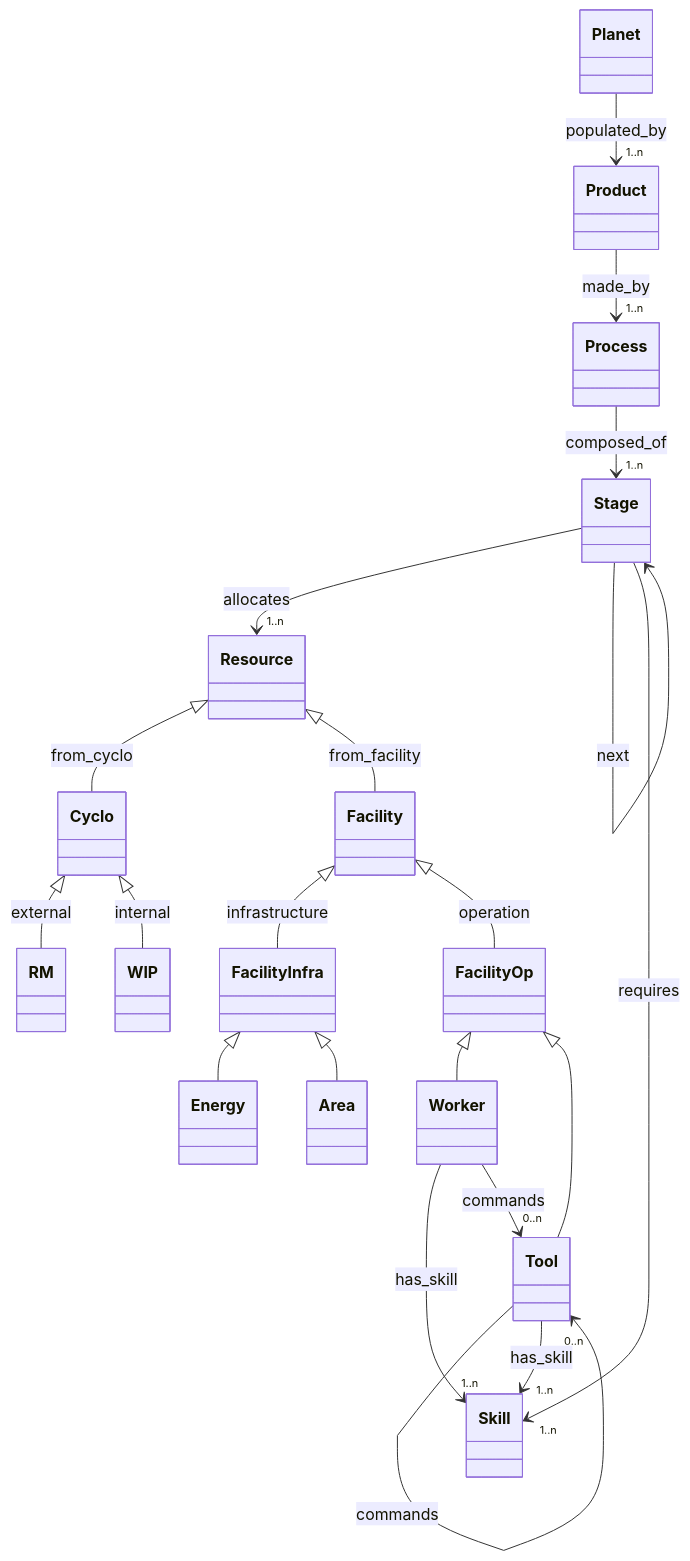
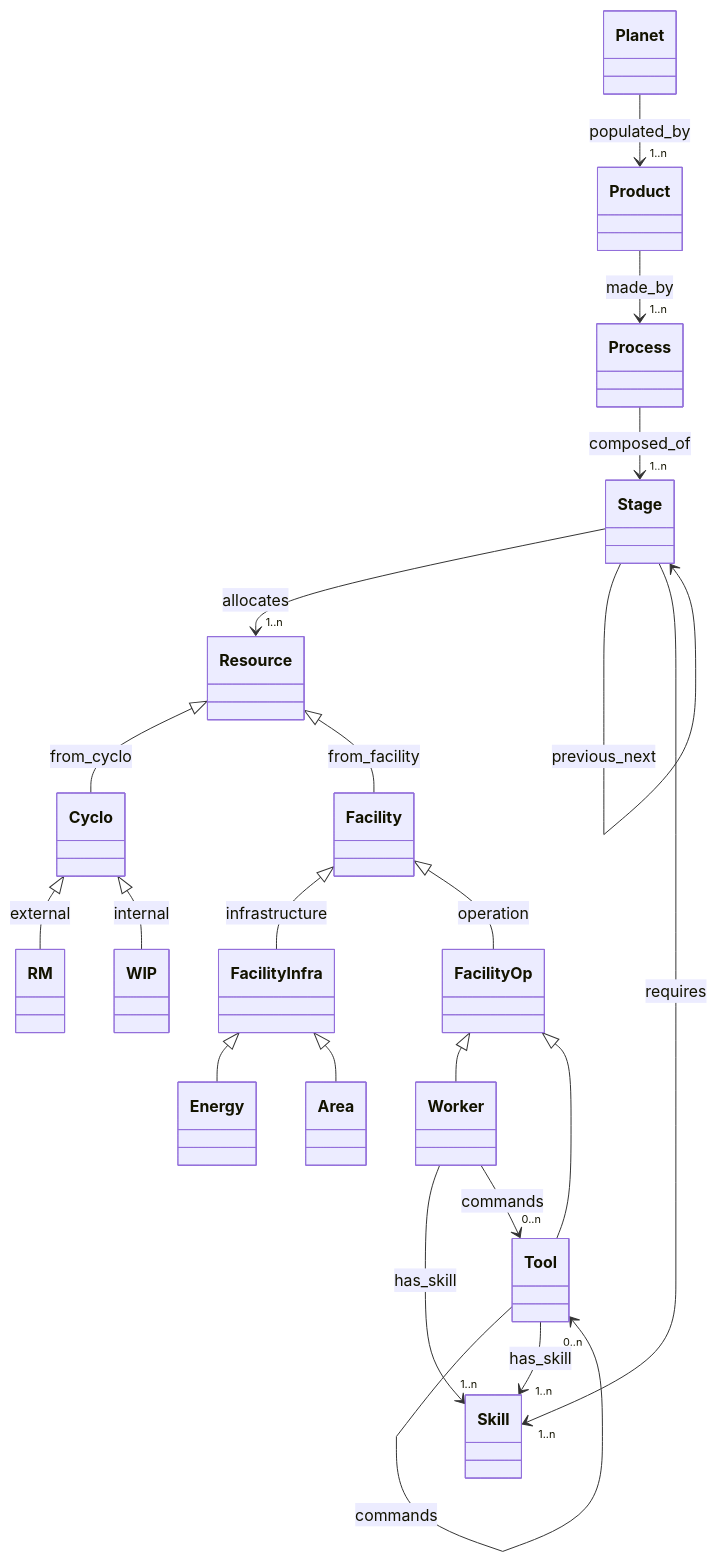
Before and after one commit to bampli/doc: the first of 3 diagrams in docs/content/docs/cyclo/time.md, drawn with Mermaid. The commit also changed other lines of this file and 2 other files, not shown here.

Commit message:
rev text

```diff
--- a/docs/content/docs/cyclo/time.md
+++ b/docs/content/docs/cyclo/time.md
@@ -25,23 +25,23 @@
 {{< mermaid >}}
 classDiagram
     Planet --> "1..n" Product : populated_by
     Product --> "1..n" Process : made_by
     Process --> "1..n" Stage : composed_of
     Stage --> "1..n" Resource : allocates
-    Stage --> Stage : next
+    Stage --> Stage : previous_next
     Worker --> "1..n" Skill : has_skill
     Worker --> "0..n" Tool : commands
     Tool --> "0..n" Tool : commands
     Tool --> "1..n" Skill : has_skill
     Resource <|-- Cyclo : from_cyclo
     Cyclo <|-- RM : external
     Cyclo <|-- WIP : internal
     Resource <|-- Facility : from_facility
     Facility <|-- FacilityInfra : infrastructure
     FacilityInfra <|-- Energy
     FacilityInfra <|-- Area
     Facility <|-- FacilityOp : operation
     FacilityOp <|-- Worker
     FacilityOp <|-- Tool
     Stage --> "1..n" Skill : requires
 {{< /mermaid >}}
```
